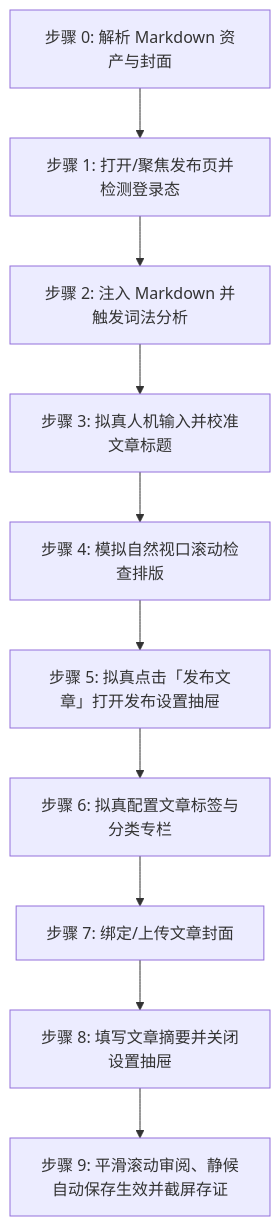
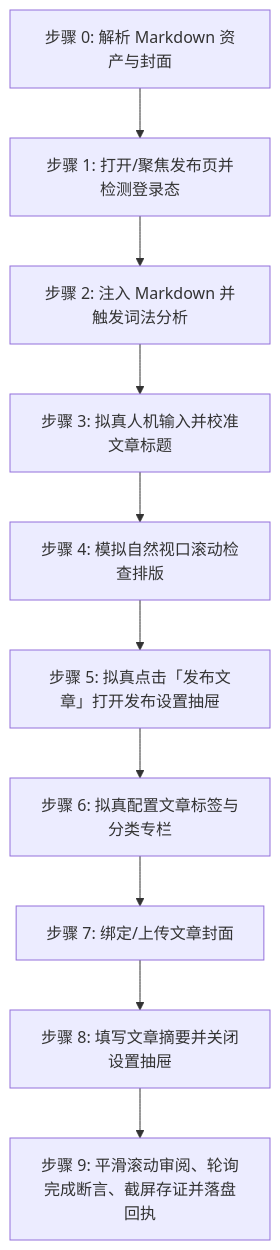
One commit to undsky/doudou-publish-skills changed the diagram in skills/doudou-csdn/SKILL.md. Above: the diagram before and after it, drawn with Mermaid. The commit also changed other lines of this file and 68 other files, not shown here.

````diff
--- a/skills/doudou-csdn/SKILL.md
+++ b/skills/doudou-csdn/SKILL.md
@@ -43,12 +122,12 @@
 ```mermaid
 flowchart TD
     S0[步骤 0: 解析 Markdown 资产与封面] --> S1[步骤 1: 打开/聚焦发布页并检测登录态]
     S1 --> S2[步骤 2: 注入 Markdown 并触发词法分析]
     S2 --> S3[步骤 3: 拟真人机输入并校准文章标题]
     S3 --> S4[步骤 4: 模拟自然视口滚动检查排版]
     S4 --> S5[步骤 5: 拟真点击「发布文章」打开发布设置抽屉]
     S5 --> S6[步骤 6: 拟真配置文章标签与分类专栏]
     S6 --> S7[步骤 7: 绑定/上传文章封面]
     S7 --> S8[步骤 8: 填写文章摘要并关闭设置抽屉]
-    S8 --> S9[步骤 9: 平滑滚动审阅、静候自动保存生效并截屏存证]
+    S8 --> S9[步骤 9: 平滑滚动审阅、轮询完成断言、截屏存证并落盘回执]
 ```
````
